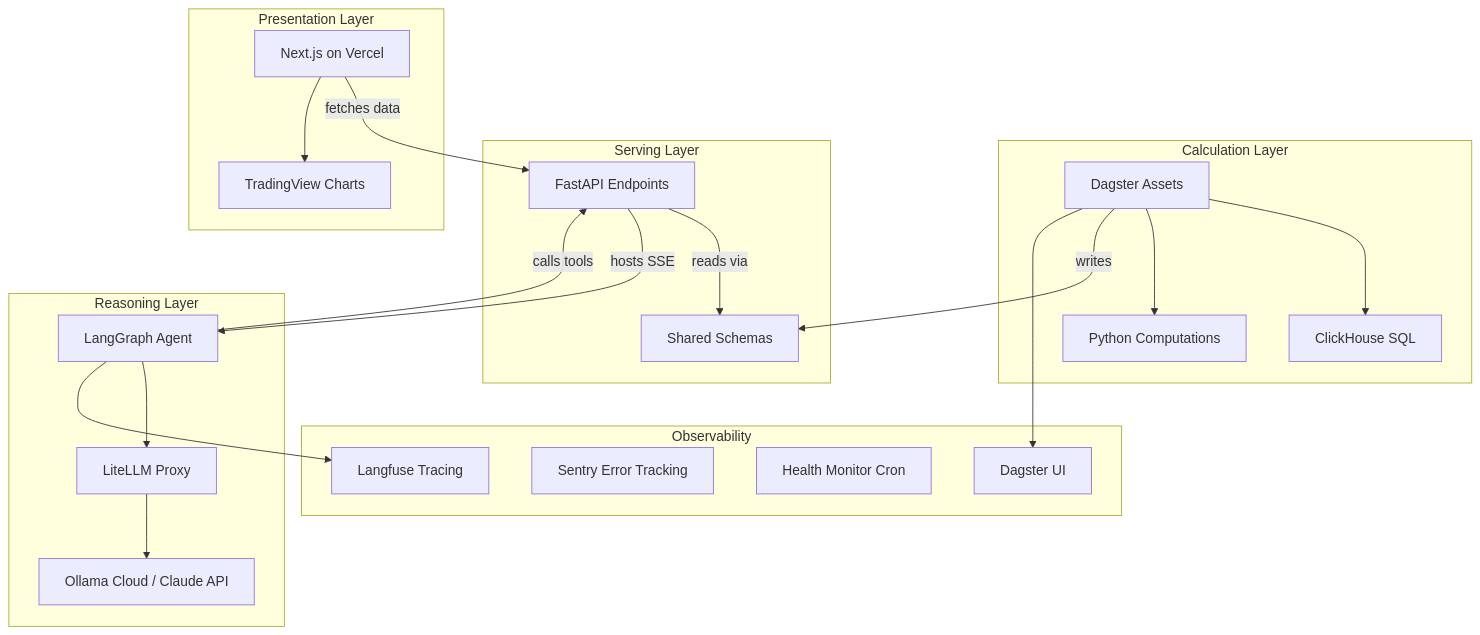
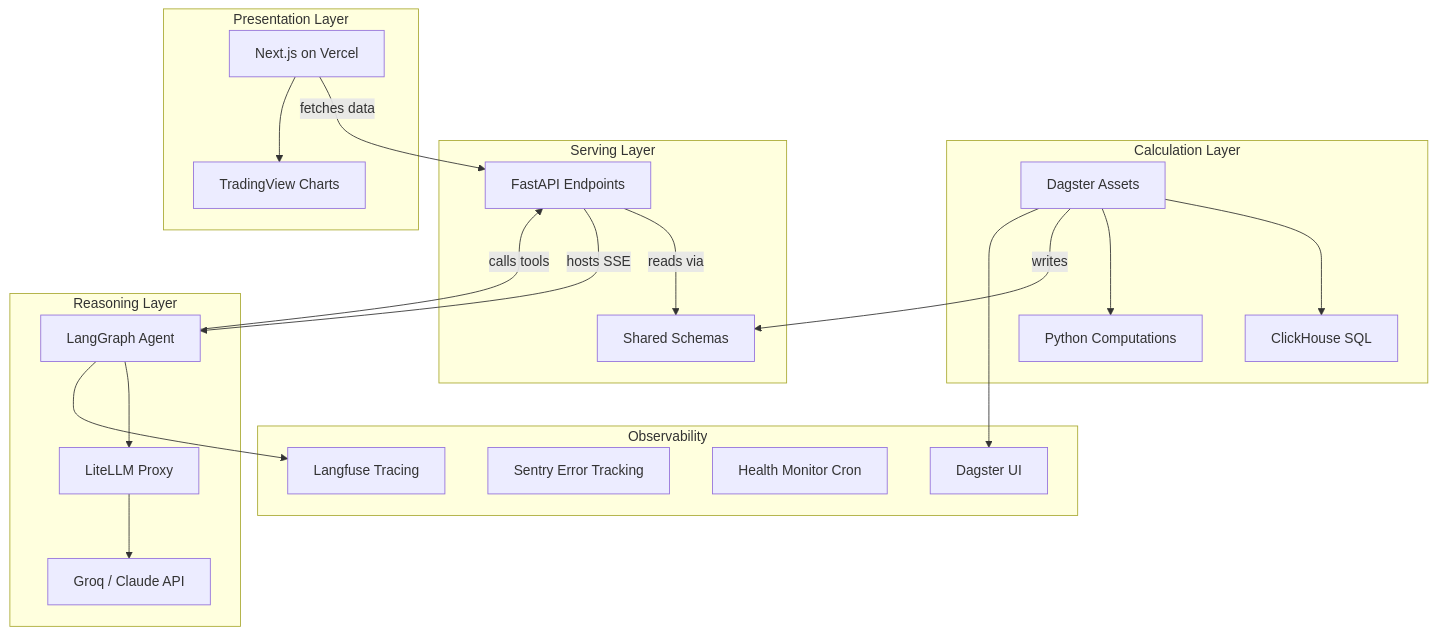
One commit to noahwins-ng/equity-data-agent changed the second of 2 diagrams in docs/project-requirement.md. Above: the diagram before and after it, drawn with Mermaid. The commit also changed other lines of this file and 4 other files, not shown here.

````diff
--- a/docs/project-requirement.md
+++ b/docs/project-requirement.md
@@ -115,43 +115,43 @@
 ```mermaid
 graph TD
     subgraph Calculation Layer
         D[Dagster Assets]
         SQL[ClickHouse SQL]
         PY[Python Computations]
     end
 
     subgraph Serving Layer
         FA[FastAPI Endpoints]
         SC[Shared Schemas]
     end
 
     subgraph Reasoning Layer
         LG[LangGraph Agent]
         LIT[LiteLLM Proxy]
-        OLL[Ollama Cloud / Claude API]
+        OLL[Groq / Claude API]
     end
 
     subgraph Presentation Layer
         NX[Next.js on Vercel]
         TV[TradingView Charts]
     end
 
     subgraph Observability
         LF[Langfuse Tracing]
         SE[Sentry Error Tracking]
         HM[Health Monitor Cron]
         DUI[Dagster UI]
     end
 
     D --> SQL
     D --> PY
     D -->|writes| SC
     FA -->|reads via| SC
     LG -->|calls tools| FA
     FA -->|hosts SSE| LG
     NX -->|fetches data| FA
     NX --> TV
     LG --> LIT --> OLL
     LG --> LF
     D --> DUI
 ```
````
